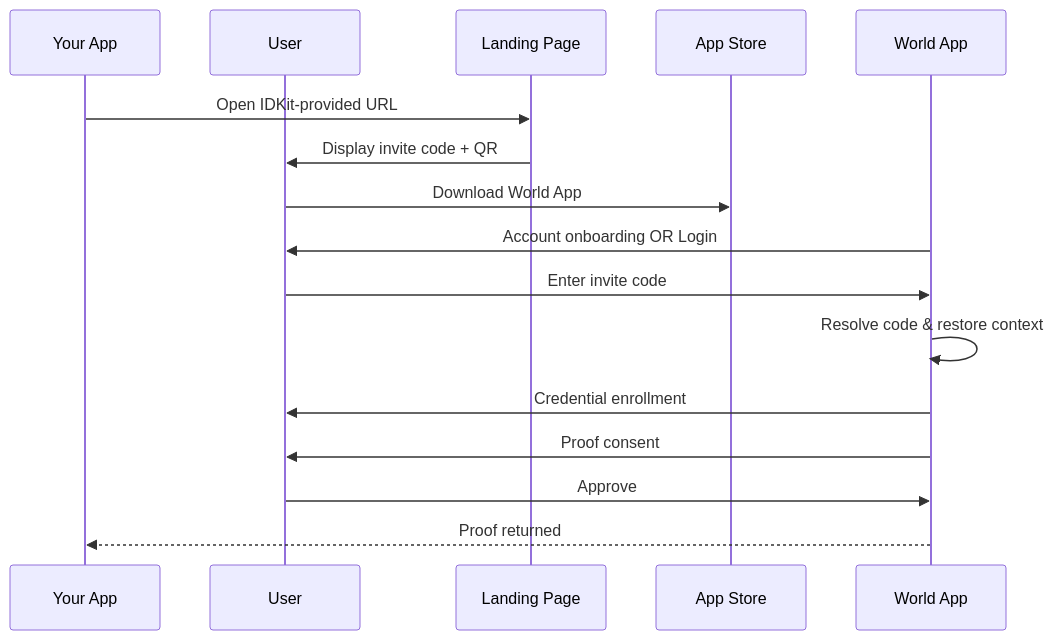
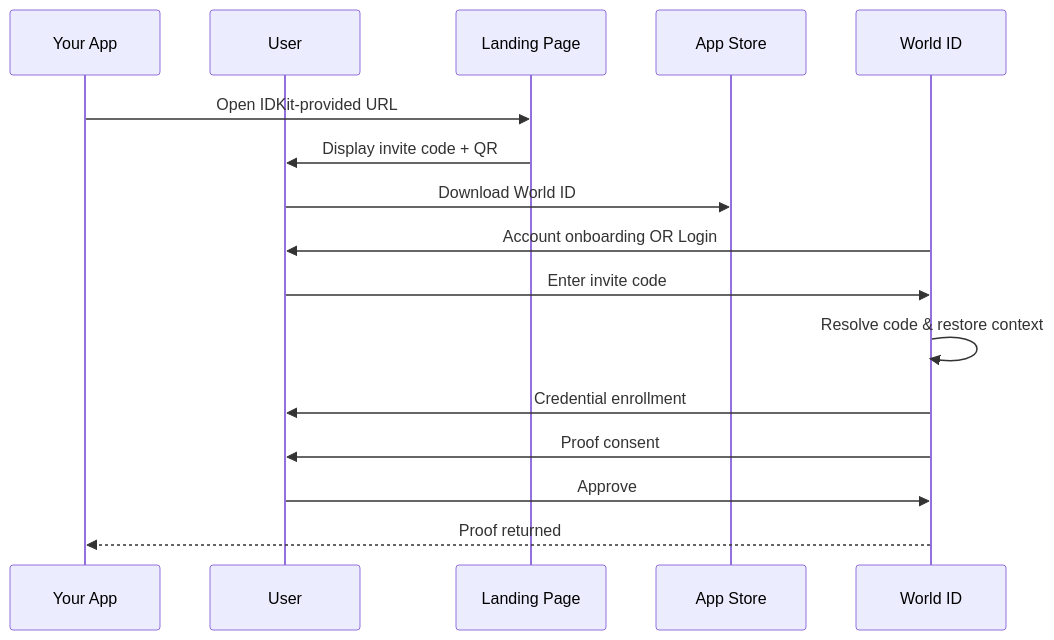
The third of 3 diagrams in world-id/idkit/verification-flows.mdx (worldcoin/developer-docs), drawn with Mermaid before and after one commit. The commit also changed other lines of this file and 9 other files, not shown here.

Commit message:
[world id] - switch to World ID instead of World App (#140)

````diff
--- a/world-id/idkit/verification-flows.mdx
+++ b/world-id/idkit/verification-flows.mdx
@@ -103,19 +103,19 @@
 ```mermaid
 sequenceDiagram
     participant App as Your App
     participant User
     participant LP as Landing Page
     participant Store as App Store
-    participant WA as World App
+    participant WA as World ID
 
     App->>LP: Open IDKit-provided URL
     LP->>User: Display invite code + QR
-    User->>Store: Download World App
+    User->>Store: Download World ID
     WA->>User: Account onboarding OR Login
     User->>WA: Enter invite code
     WA->>WA: Resolve code & restore context
     WA->>User: Credential enrollment
     WA->>User: Proof consent
     User->>WA: Approve
     WA-->>App: Proof returned
 ```
````
